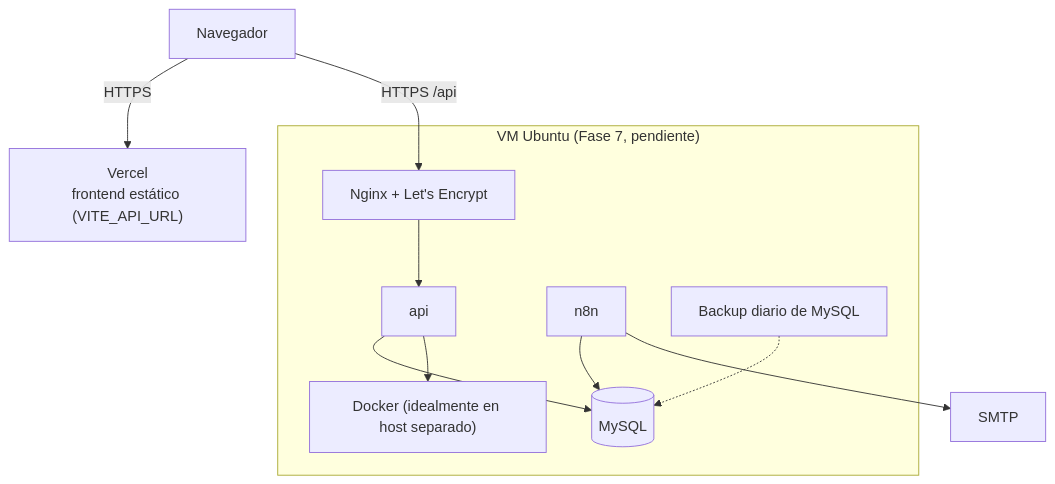
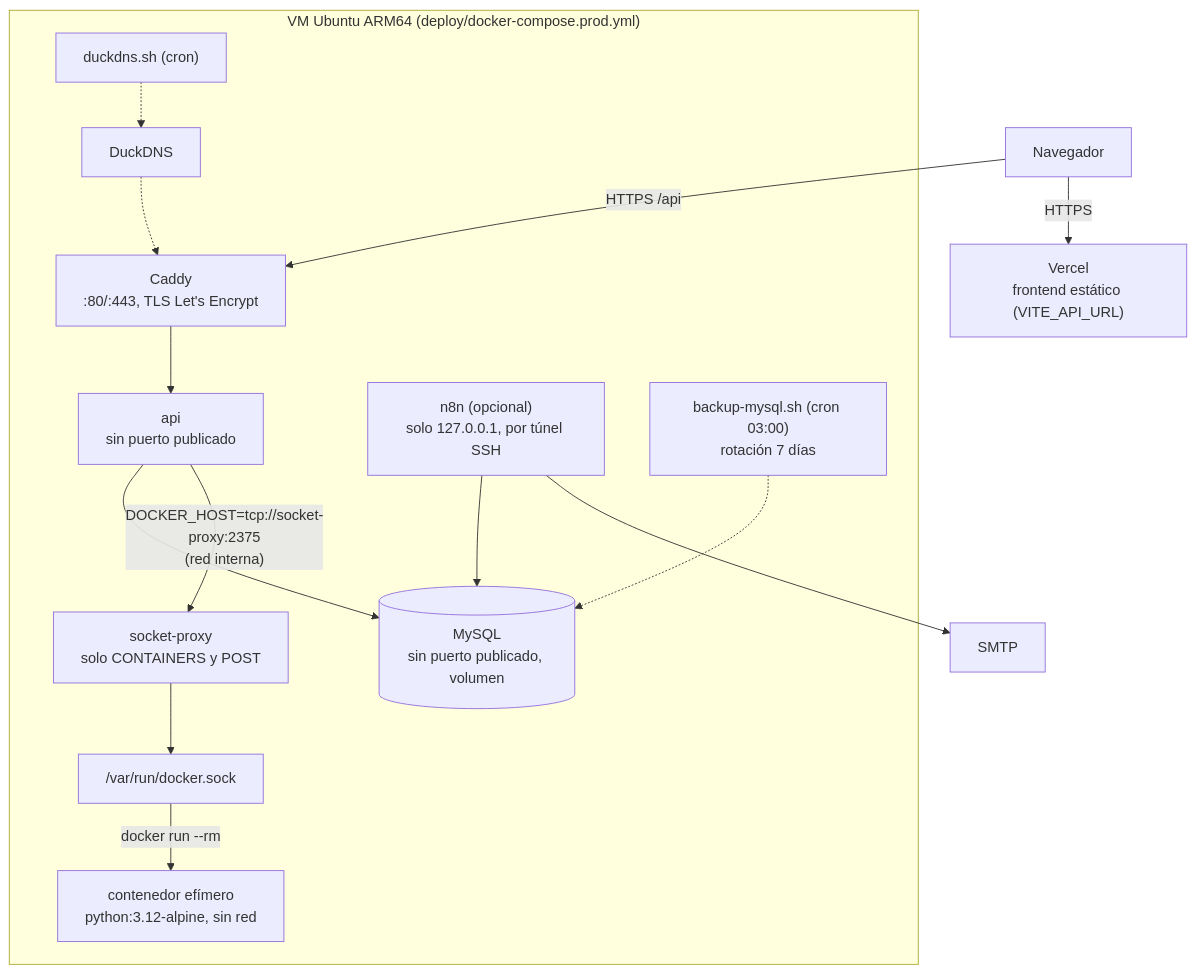
The fourth of 7 diagrams in docs/diagramas.md (MichaelChiaUPTC/Proyecto-Software2), drawn with Mermaid before and after one commit. The commit also changed other lines of this file and 21 other files, not shown here.

Commit message:
Fase 7: despliegue (Caddy, proxy del socket de Docker, scripts, backups, Vercel, trust proxy)

````diff
--- a/docs/diagramas.md
+++ b/docs/diagramas.md
@@ -92,13 +92,16 @@
 ```mermaid
 flowchart TB
   Usuario["Navegador"] -->|"HTTPS"| Vercel["Vercel<br/>frontend estático (VITE_API_URL)"]
-  Usuario -->|"HTTPS /api"| Nginx
-  subgraph VM["VM Ubuntu (Fase 7, pendiente)"]
-    Nginx["Nginx + Let's Encrypt"] --> API["api"]
-    API --> MYSQL[("MySQL")]
-    API --> SOCK["Docker (idealmente en host separado)"]
-    N8N["n8n"] --> MYSQL
-    BK["Backup diario de MySQL"] -.-> MYSQL
+  Usuario -->|"HTTPS /api"| Caddy
+  subgraph VM["VM Ubuntu ARM64 (deploy/docker-compose.prod.yml)"]
+    Caddy["Caddy<br/>:80/:443, TLS Let's Encrypt"] --> API["api<br/>sin puerto publicado"]
+    API --> MYSQL[("MySQL<br/>sin puerto publicado, volumen")]
+    API -->|"DOCKER_HOST=tcp://socket-proxy:2375<br/>(red interna)"| PROXY["socket-proxy<br/>solo CONTAINERS y POST"]
+    PROXY --> SOCK["/var/run/docker.sock"] -->|"docker run --rm"| RUN["contenedor efímero<br/>python:3.12-alpine, sin red"]
+    N8N["n8n (opcional)<br/>solo 127.0.0.1, por túnel SSH"] --> MYSQL
+    BK["backup-mysql.sh (cron 03:00)<br/>rotación 7 días"] -.-> MYSQL
+    DDNS["duckdns.sh (cron)"] -.-> DNS
   end
+  DNS["DuckDNS"] -.-> Caddy
   N8N --> SMTP["SMTP"]
 ```
````
